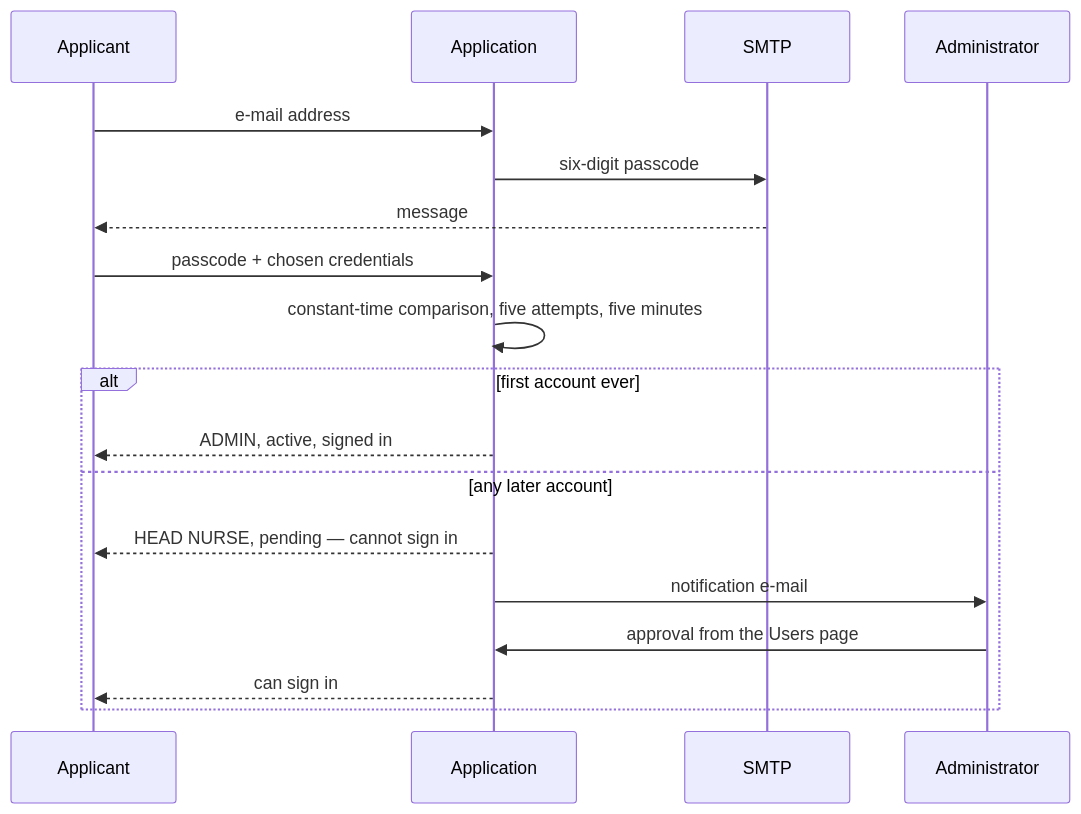
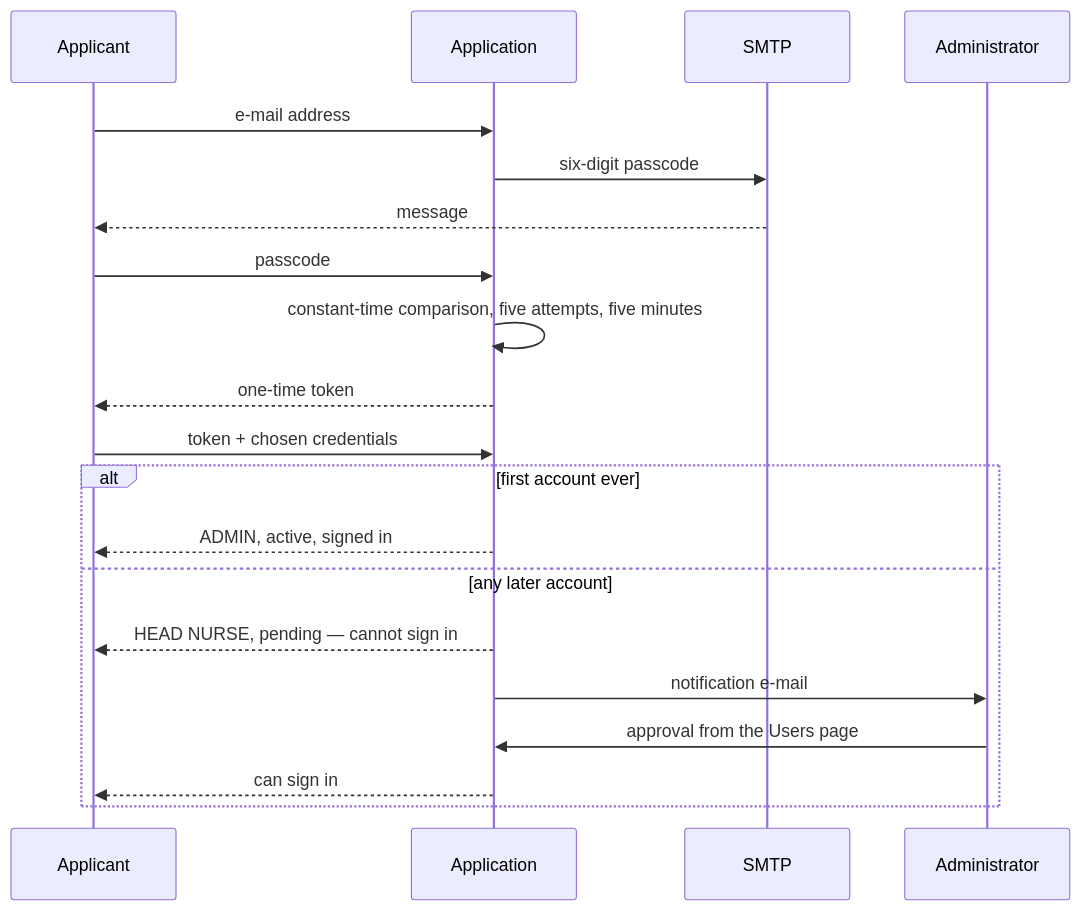
Before and after one commit to MirkoUgoliniDev/employee-scheduling: the second of 2 diagrams in docs/AUTHENTICATION.md, drawn with Mermaid. The commit also changed other lines of this file and 9 other files, not shown here.

````diff
--- a/docs/AUTHENTICATION.md
+++ b/docs/AUTHENTICATION.md
@@ -90,21 +96,23 @@
 ```mermaid
 sequenceDiagram
     participant U as Applicant
     participant A as Application
     participant M as SMTP
     participant AD as Administrator
 
     U->>A: e-mail address
     A->>M: six-digit passcode
     M-->>U: message
-    U->>A: passcode + chosen credentials
+    U->>A: passcode
     A->>A: constant-time comparison, five attempts, five minutes
+    A-->>U: one-time token
+    U->>A: token + chosen credentials
     alt first account ever
         A-->>U: ADMIN, active, signed in
     else any later account
         A-->>U: HEAD NURSE, pending — cannot sign in
         A->>AD: notification e-mail
         AD->>A: approval from the Users page
         A-->>U: can sign in
     end
 ```
````
